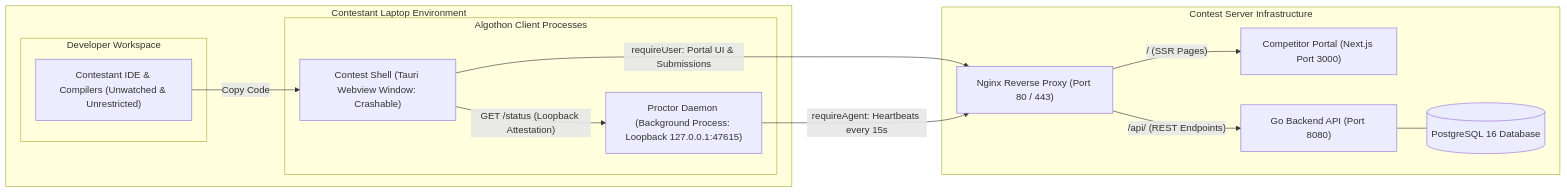
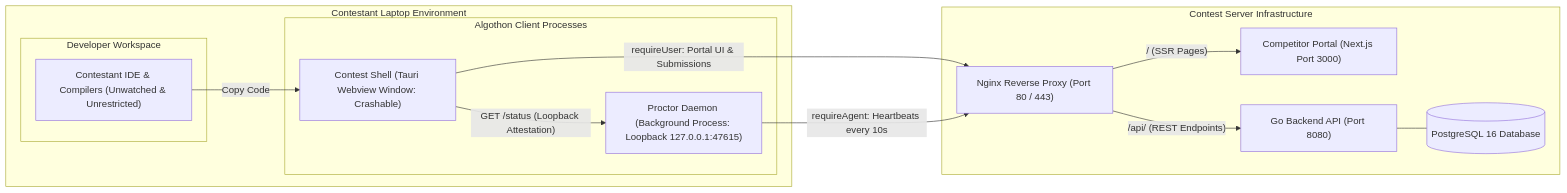
The diagram in docs/client-design.md (NayanthaNethsara/AlgoTest), drawn with Mermaid before and after one commit. The commit also changed other lines of this file and 1 other file, not shown here.

Commit message:
feat: reduce heartbeat interval to 10 seconds for improved agent responsiveness

````diff
--- a/docs/client-design.md
+++ b/docs/client-design.md
@@ -49,31 +49,31 @@
 ```mermaid
 flowchart LR
     subgraph Laptop["Contestant Laptop Environment"]
         subgraph DevSpace["Developer Workspace"]
             LocalIDE["Contestant IDE & Compilers (Unwatched & Unrestricted)"]
         end
 
         subgraph ClientProcesses["Algothon Client Processes"]
             Shell["Contest Shell (Tauri Webview Window: Crashable)"]
             Agent["Proctor Daemon (Background Process: Loopback 127.0.0.1:47615)"]
         end
     end
 
     subgraph Server["Contest Server Infrastructure"]
         Nginx["Nginx Reverse Proxy (Port 80 / 443)"]
         Portal["Competitor Portal (Next.js Port 3000)"]
         API["Go Backend API (Port 8080)"]
         Postgres[("PostgreSQL 16 Database")]
     end
 
     LocalIDE -->|"Copy Code"| Shell
     Shell -->|"GET /status (Loopback Attestation)"| Agent
 
     Shell -->|"requireUser: Portal UI & Submissions"| Nginx
-    Agent -->|"requireAgent: Heartbeats every 15s"| Nginx
+    Agent -->|"requireAgent: Heartbeats every 10s"| Nginx
 
     Nginx -->|"/ (SSR Pages)"| Portal
     Nginx -->|"/api/ (REST Endpoints)"| API
 
     API --- Postgres
 ```
````
